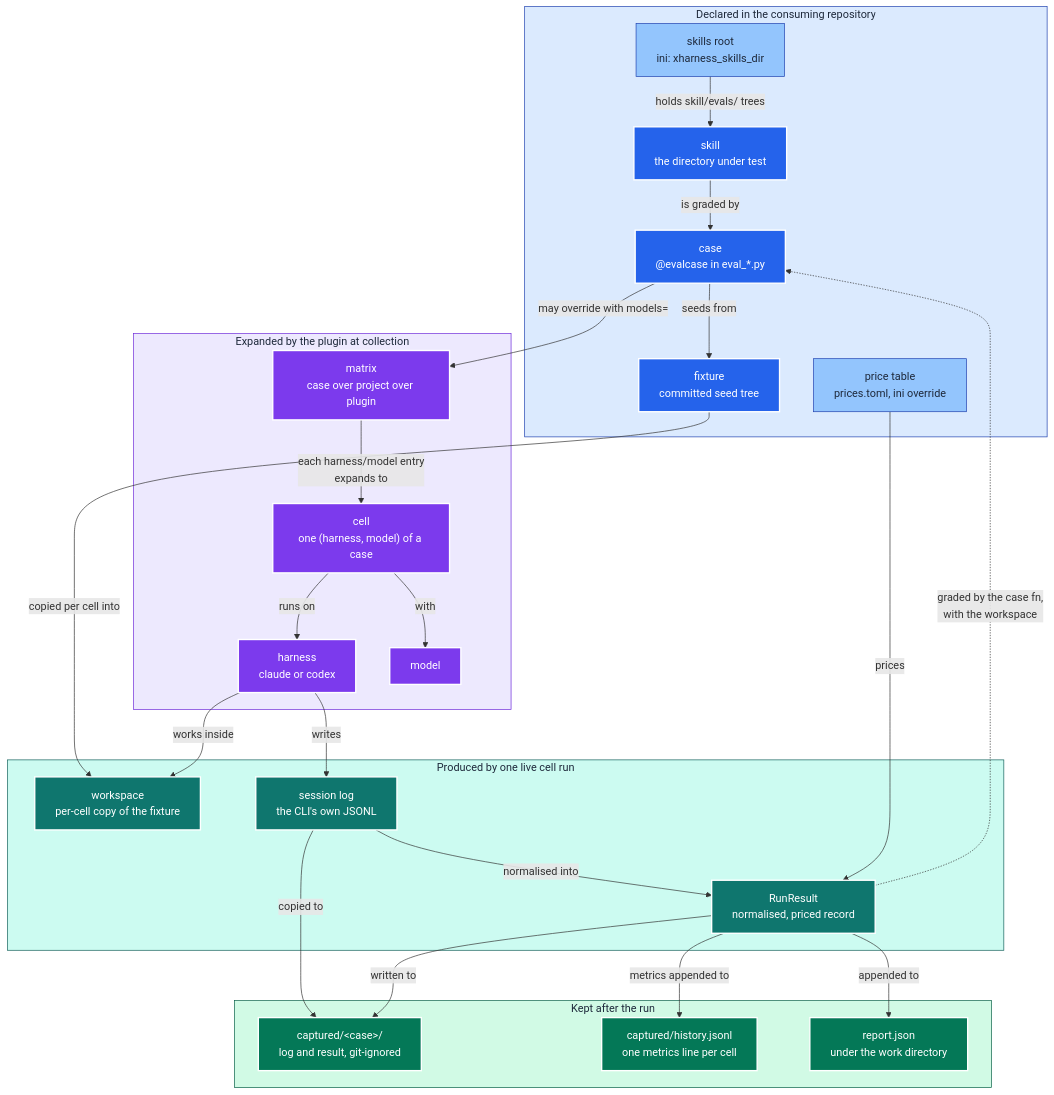
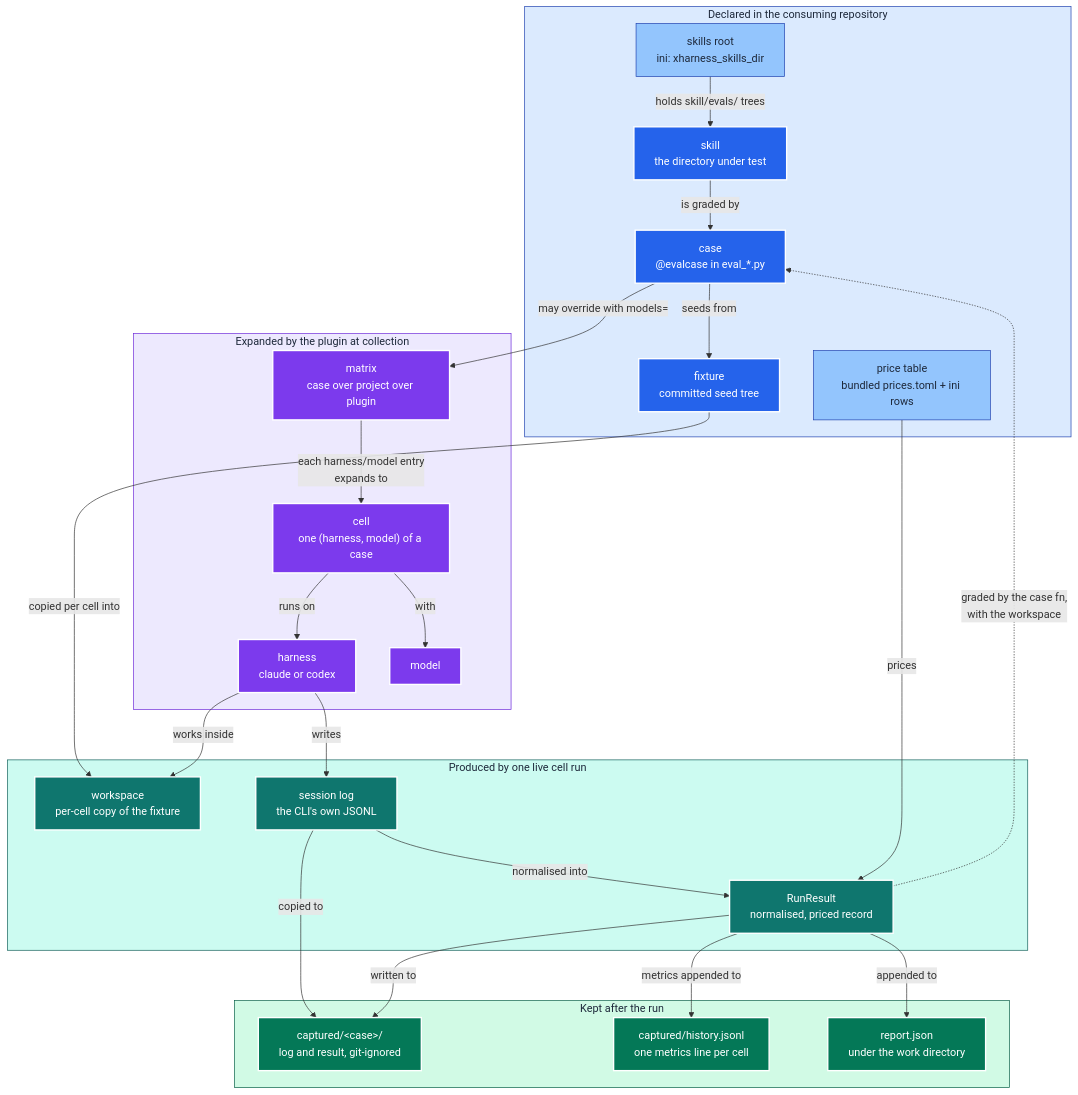
The third of 3 diagrams in ARCHITECTURE.md (neozenith/pytest-xharness-eval), drawn with Mermaid before and after one commit. The commit also changed other lines of this file and 12 other files, not shown here.

Commit message:
refactor location of prices into pyproject.toml

````diff
--- a/ARCHITECTURE.md
+++ b/ARCHITECTURE.md
@@ -199,61 +199,61 @@
 ```mermaid
 flowchart TB
     subgraph declared["Declared in the consuming repository"]
         ROOT["skills root<br/>ini: xharness_skills_dir"]:::cfg
         SKILL["skill<br/>the directory under test"]:::declare
         CASE["case<br/>@evalcase in eval_*.py"]:::declare
         FIX["fixture<br/>committed seed tree"]:::declare
-        PRICES["price table<br/>prices.toml, ini override"]:::cfg
+        PRICES["price table<br/>bundled prices.toml + ini rows"]:::cfg
     end
 
     subgraph expanded["Expanded by the plugin at collection"]
         MATRIX["matrix<br/>case over project over plugin"]:::plan
         CELL["cell<br/>one (harness, model) of a case"]:::plan
         HARNESS["harness<br/>claude or codex"]:::plan
         MODEL["model"]:::plan
     end
 
     subgraph produced["Produced by one live cell run"]
         WS["workspace<br/>per-cell copy of the fixture"]:::data
         LOG["session log<br/>the CLI's own JSONL"]:::data
         RR["RunResult<br/>normalised, priced record"]:::data
     end
 
     subgraph kept["Kept after the run"]
         CAP["captured/&lt;case&gt;/<br/>log and result, git-ignored"]:::out
         HIST["captured/history.jsonl<br/>one metrics line per cell"]:::out
         REP["report.json<br/>under the work directory"]:::out
     end
 
     ROOT -->|"holds skill/evals/ trees"| SKILL
     SKILL -->|"is graded by"| CASE
     CASE -->|"seeds from"| FIX
     CASE -->|"may override with models="| MATRIX
     MATRIX -->|"each harness/model entry<br/>expands to"| CELL
     CELL -->|"runs on"| HARNESS
     CELL -->|"with"| MODEL
     FIX -->|"copied per cell into"| WS
     HARNESS -->|"works inside"| WS
     HARNESS -->|"writes"| LOG
     LOG -->|"normalised into"| RR
     PRICES -->|"prices"| RR
     RR -.->|"graded by the case fn,<br/>with the workspace"| CASE
     LOG -->|"copied to"| CAP
     RR -->|"written to"| CAP
     RR -->|"metrics appended to"| HIST
     RR -->|"appended to"| REP
 
     classDef declare fill:#2563eb,stroke:#fff,color:#fff,stroke-width:2px
     classDef cfg     fill:#93c5fd,stroke:#1e40af,color:#1e293b,stroke-width:1px
     classDef plan    fill:#7c3aed,stroke:#fff,color:#fff,stroke-width:2px
     classDef data    fill:#0f766e,stroke:#fff,color:#fff,stroke-width:2px
     classDef out     fill:#047857,stroke:#fff,color:#fff,stroke-width:2px
     classDef sgDeclare  fill:#dbeafe,stroke:#1e40af,color:#1e293b
     classDef sgExpand   fill:#ede9fe,stroke:#6d28d9,color:#1e293b
     classDef sgProduced fill:#ccfbf1,stroke:#115e59,color:#1e293b
     classDef sgKept     fill:#d1fae5,stroke:#065f46,color:#1e293b
     class declared sgDeclare
     class expanded sgExpand
     class produced sgProduced
     class kept sgKept
 ```
````
